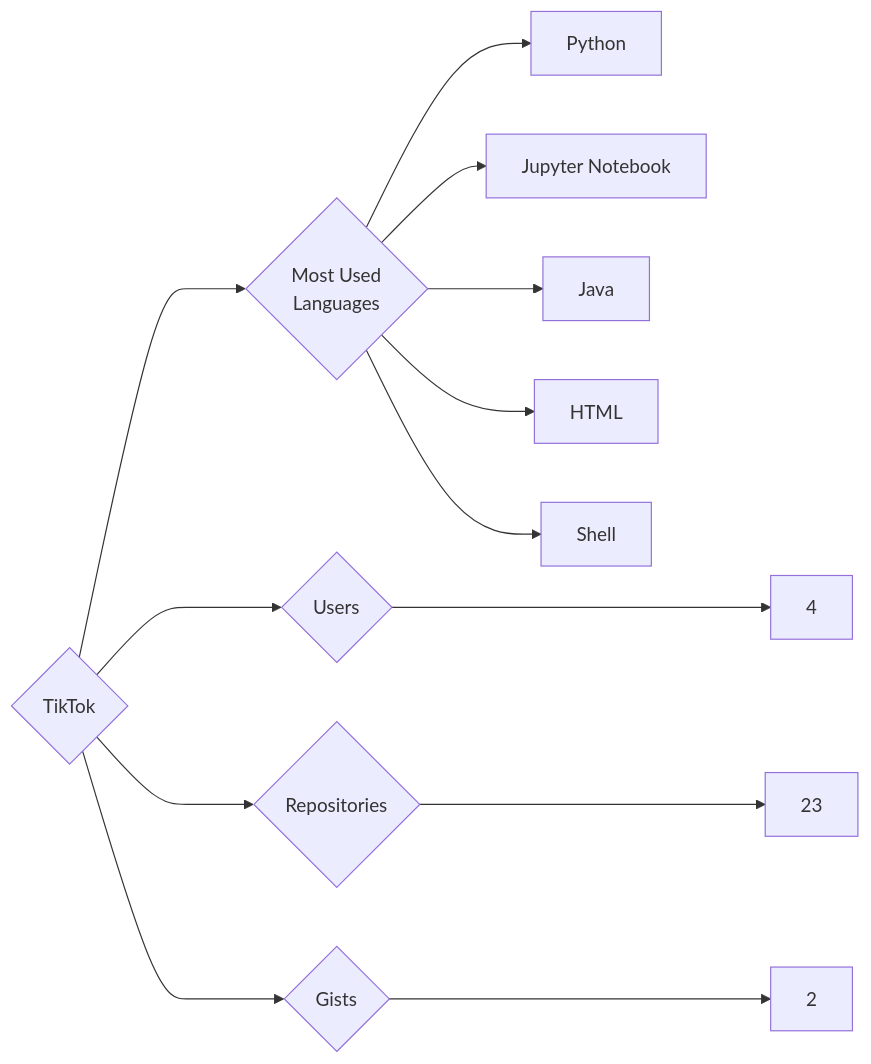
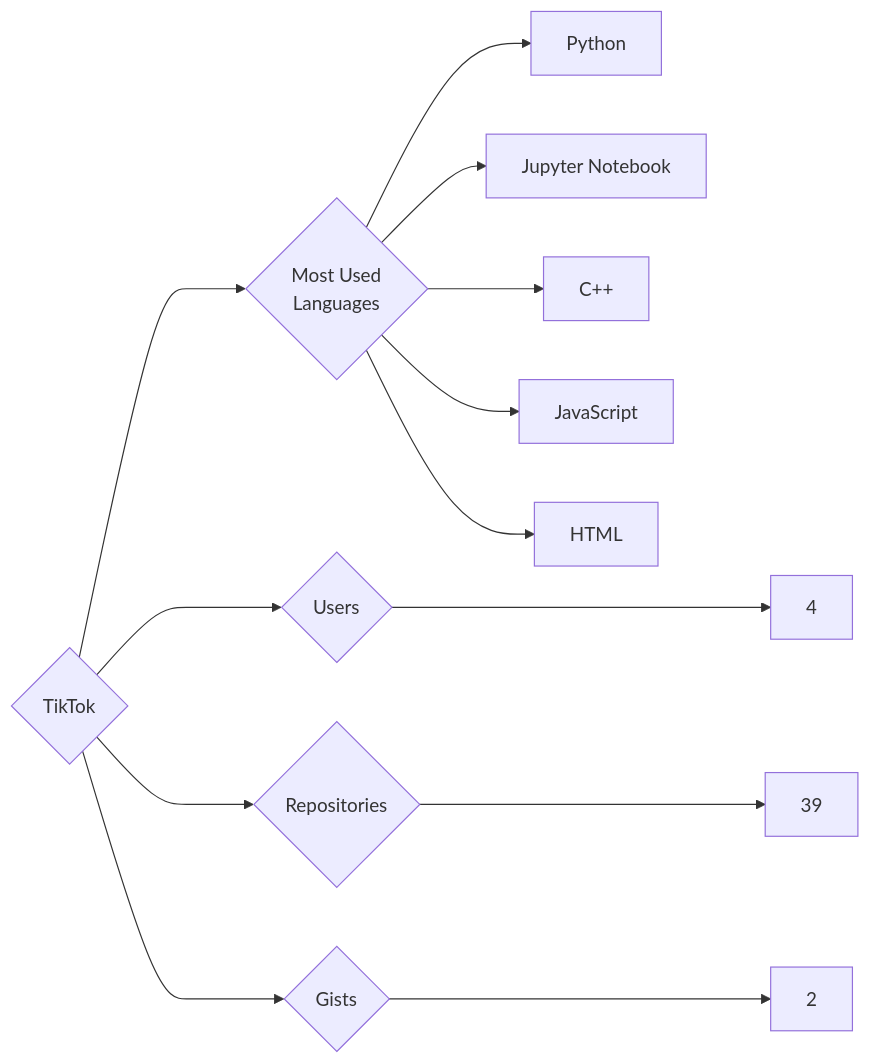
The diagram in targets/TikTok/README.md (trickest/insiders), drawn with Mermaid before and after one commit. The commit also changed 681 other files, not shown here.

````diff
--- a/targets/TikTok/README.md
+++ b/targets/TikTok/README.md
@@ -3,13 +3,13 @@
 ```mermaid
 graph LR
 COMPANY_NAME{TikTok}
 COMPANY_NAME ---> U{Users} ---> UN[4]
-COMPANY_NAME ---> R{Repositories} ---> RN[23]
+COMPANY_NAME ---> R{Repositories} ---> RN[39]
 COMPANY_NAME ---> G{Gists} ---> GN[2]
 COMPANY_NAME ---> ML{Most Used<br>Languages}
 ML --> Python[Python]
 ML --> Jupyter_Notebook[Jupyter Notebook]
-ML --> Java[Java]
+ML --> C++[C++]
+ML --> JavaScript[JavaScript]
 ML --> HTML[HTML]
-ML --> Shell[Shell]
 ```
````
